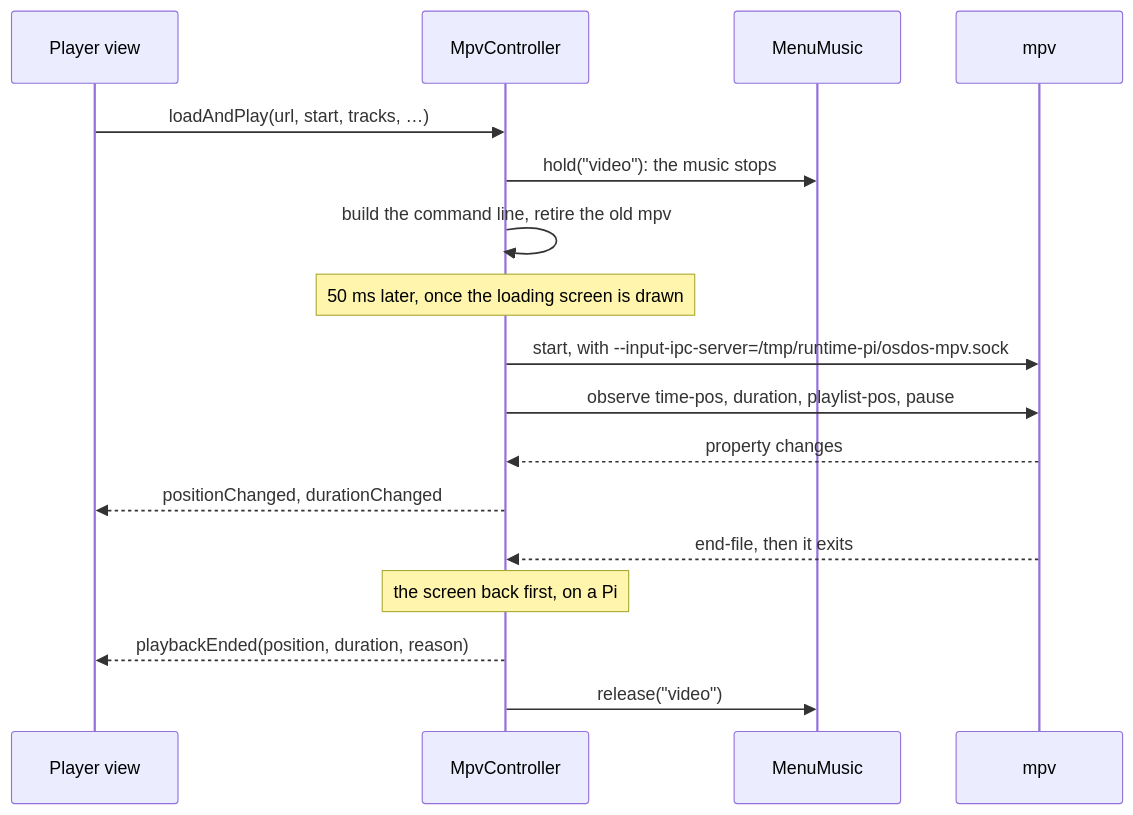
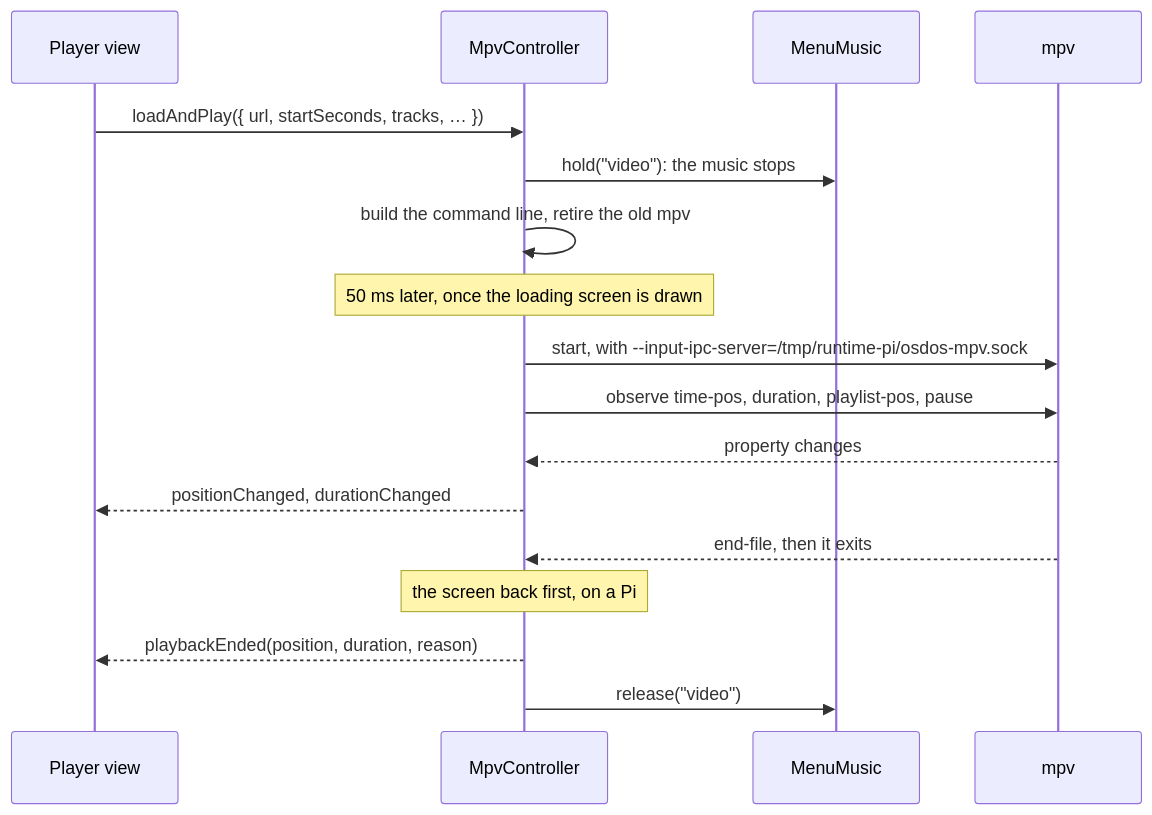
The fifth of 7 diagrams in docs/wiki/How-It-Works.md (mehmetraif/OSD-OS), drawn with Mermaid before and after one commit. The commit also changed 14 other files, not shown here.

First line of the commit message:
refactor: hand MpvController::loadAndPlay() one request with named fields

````diff
--- a/docs/wiki/How-It-Works.md
+++ b/docs/wiki/How-It-Works.md
@@ -229,19 +229,19 @@
 ```mermaid
 sequenceDiagram
     participant V as Player view
     participant M as MpvController
     participant MM as MenuMusic
     participant X as mpv
-    V->>M: loadAndPlay(url, start, tracks, …)
+    V->>M: loadAndPlay({ url, startSeconds, tracks, … })
     M->>MM: hold("video"): the music stops
     M->>M: build the command line, retire the old mpv
     Note over M: 50 ms later, once the loading screen is drawn
     M->>X: start, with --input-ipc-server=/tmp/runtime-pi/osdos-mpv.sock
     M->>X: observe time-pos, duration, playlist-pos, pause
     X-->>M: property changes
     M-->>V: positionChanged, durationChanged
     X-->>M: end-file, then it exits
     Note over M: the screen back first, on a Pi
     M-->>V: playbackEnded(position, duration, reason)
     M->>MM: release("video")
 ```
````
